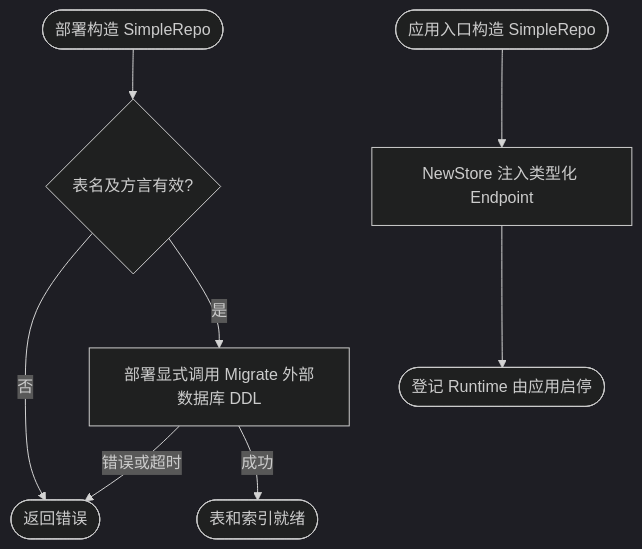
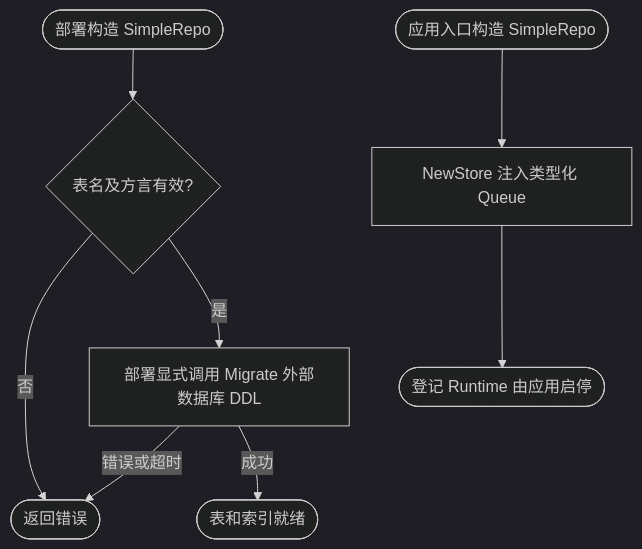
One commit to jaggerzhuang1994/kratos-foundation changed the first of 2 diagrams in contrib/queue/database/gorm/README.md. Above: the diagram before and after it, drawn with Mermaid (dark theme). The commit also changed 51 other files, not shown here.

````diff
--- a/contrib/queue/database/gorm/README.md
+++ b/contrib/queue/database/gorm/README.md
@@ -13,10 +13,10 @@
 ```mermaid
 flowchart TD
     A([部署构造 SimpleRepo]) --> B{表名及方言有效?}
     B -- 否 --> E([返回错误])
     B -- 是 --> C[部署显式调用 Migrate 外部数据库 DDL]
     C -- 错误或超时 --> E
     C -- 成功 --> D([表和索引就绪])
-    F([应用入口构造 SimpleRepo]) --> G[NewStore 注入类型化 Endpoint]
+    F([应用入口构造 SimpleRepo]) --> G[NewStore 注入类型化 Queue]
     G --> H([登记 Runtime 由应用启停])
 ```
````
